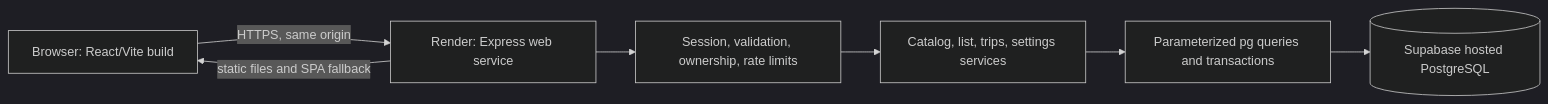
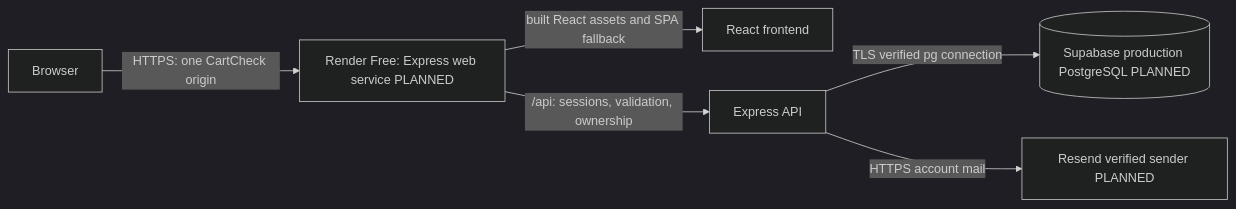
The second of 3 diagrams in docs/architecture/SYSTEM_DESIGN.md (EJhayGit/CartCheck), drawn with Mermaid (dark theme) before and after one commit. The commit also changed other lines of this file and 4 other files, not shown here.

Commit message:
docs: update deployment architecture and release plan

````diff
--- a/docs/architecture/SYSTEM_DESIGN.md
+++ b/docs/architecture/SYSTEM_DESIGN.md
@@ -13,9 +26,8 @@
 ```mermaid
 flowchart LR
-    B[Browser: React/Vite build] -->|HTTPS, same origin| E[Render: Express web service]
-    E -->|static files and SPA fallback| B
-    E --> A[Session, validation, ownership, rate limits]
-    A --> S[Catalog, list, trips, settings services]
-    S --> Q[Parameterized pg queries and transactions]
-    Q --> P[(Supabase hosted PostgreSQL)]
+    B[Browser] -->|HTTPS: one CartCheck origin| E[Render Free: Express web service PLANNED]
+    E -->|built React assets and SPA fallback| F[React frontend]
+    E -->|/api: sessions, validation, ownership| A[Express API]
+    A -->|TLS verified pg connection| P[(Supabase production PostgreSQL PLANNED)]
+    A -->|HTTPS account mail| R[Resend verified sender PLANNED]
 ```
````
